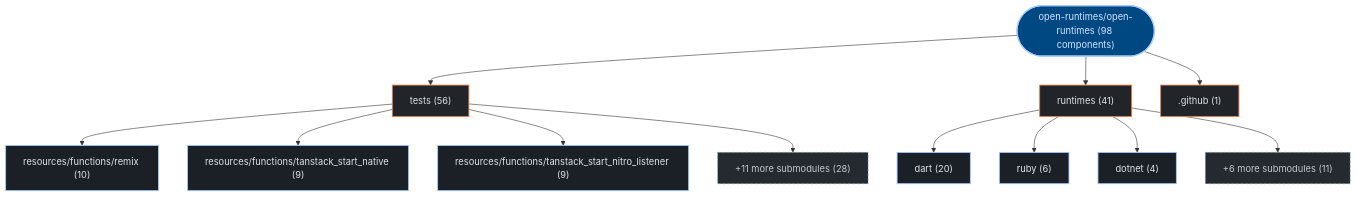
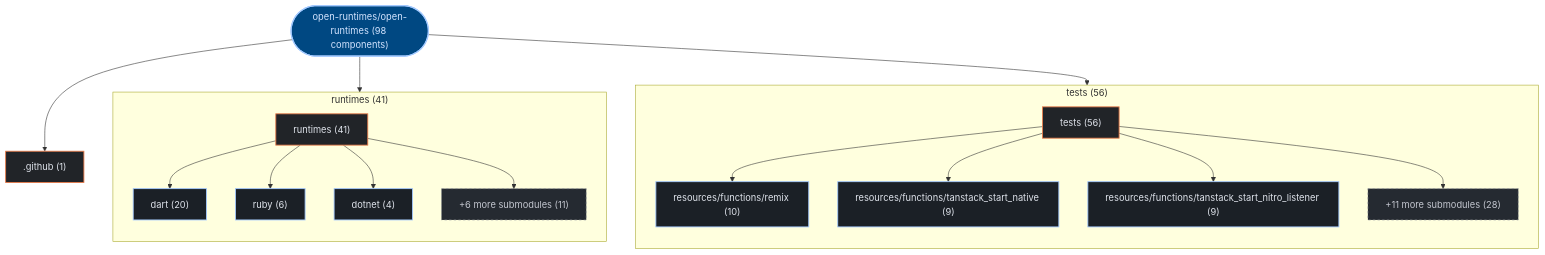
The first of 3 diagrams in exports/latest/reports/open-runtimes-open-runtimes-report.md (kumarshaz/atruss-code-atlas), drawn with Mermaid before and after one commit. The commit also changed 178 other files, not shown here.

Commit message:
feat(ui,mermaid): upgrade to mermaid v12 + ELK layout, add orgs-summary + pagination, subgraph building blocks, fix tab alignment

````diff
--- a/exports/latest/reports/open-runtimes-open-runtimes-report.md
+++ b/exports/latest/reports/open-runtimes-open-runtimes-report.md
@@ -42,33 +42,39 @@
 ```mermaid
 graph TD;
   classDef atlasRoot fill:#004882,stroke:#a3c9ff,stroke-width:2px,color:#d3e4ff
   classDef atlasCategory fill:#212428,stroke:#E87A48,stroke-width:1.5px,color:#dfe3eb
   classDef atlasWorkflow fill:#1b2026,stroke:#a3c9ff,stroke-width:1.5px,color:#dfe3eb
   classDef atlasJob fill:#171c22,stroke:#8d9199,stroke-width:1px,color:#dfe3eb
   classDef atlasTarget fill:#005227,stroke:#8bd99b,stroke-width:1.5px,color:#a7f6b6
   classDef atlasAlert fill:#93000a,stroke:#ffb4ab,stroke-width:1.5px,color:#ffdad6
   classDef atlasMore fill:#252a31,stroke:#8d9199,stroke-dasharray:4 4,color:#c3c6cf
     repo_root(["open-runtimes/open-runtimes (98 components)"]):::atlasRoot
-    dir_0_tests["tests (56)"]:::atlasCategory
+    subgraph sg_dir_0_tests["tests (56)"]
+      direction TB
+      dir_0_tests["tests (56)"]:::atlasCategory
+      sub_0_0_resources_functions_remix["resources/functions/remix (10)"]:::atlasWorkflow
+      dir_0_tests --> sub_0_0_resources_functions_remix
+      sub_0_1_resources_functions_tanstack_start_native["resources/functions/tanstack_start_native (9)"]:::atlasWorkflow
+      dir_0_tests --> sub_0_1_resources_functions_tanstack_start_native
+      sub_0_2_resources_functions_tanstack_start_nitro_listener["resources/functions/tanstack_start_nitro_listener (9)"]:::atlasWorkflow
+      dir_0_tests --> sub_0_2_resources_functions_tanstack_start_nitro_listener
+      sub_0_more["+11 more submodules (28)"]:::atlasMore
+      dir_0_tests --> sub_0_more
+    end
     repo_root --> dir_0_tests
-    sub_0_0_resources_functions_remix["resources/functions/remix (10)"]:::atlasWorkflow
-    dir_0_tests --> sub_0_0_resources_functions_remix
-    sub_0_1_resources_functions_tanstack_start_native["resources/functions/tanstack_start_native (9)"]:::atlasWorkflow
-    dir_0_tests --> sub_0_1_resources_functions_tanstack_start_native
-    sub_0_2_resources_functions_tanstack_start_nitro_listener["resources/functions/tanstack_start_nitro_listener (9)"]:::atlasWorkflow
-    dir_0_tests --> sub_0_2_resources_functions_tanstack_start_nitro_listener
-    sub_0_more["+11 more submodules (28)"]:::atlasMore
-    dir_0_tests --> sub_0_more
-    dir_1_runtimes["runtimes (41)"]:::atlasCategory
+    subgraph sg_dir_1_runtimes["runtimes (41)"]
+      direction TB
+      dir_1_runtimes["runtimes (41)"]:::atlasCategory
+      sub_1_0_dart["dart (20)"]:::atlasWorkflow
+      dir_1_runtimes --> sub_1_0_dart
+      sub_1_1_ruby["ruby (6)"]:::atlasWorkflow
+      dir_1_runtimes --> sub_1_1_ruby
+      sub_1_2_dotnet["dotnet (4)"]:::atlasWorkflow
+      dir_1_runtimes --> sub_1_2_dotnet
+      sub_1_more["+6 more submodules (11)"]:::atlasMore
+      dir_1_runtimes --> sub_1_more
+    end
     repo_root --> dir_1_runtimes
-    sub_1_0_dart["dart (20)"]:::atlasWorkflow
-    dir_1_runtimes --> sub_1_0_dart
-    sub_1_1_ruby["ruby (6)"]:::atlasWorkflow
-    dir_1_runtimes --> sub_1_1_ruby
-    sub_1_2_dotnet["dotnet (4)"]:::atlasWorkflow
-    dir_1_runtimes --> sub_1_2_dotnet
-    sub_1_more["+6 more submodules (11)"]:::atlasMore
-    dir_1_runtimes --> sub_1_more
     dir_2__github[".github (1)"]:::atlasCategory
     repo_root --> dir_2__github
 ```
````
